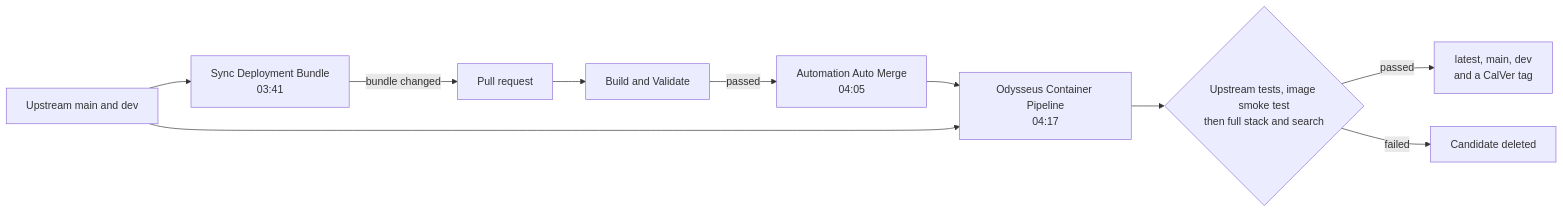
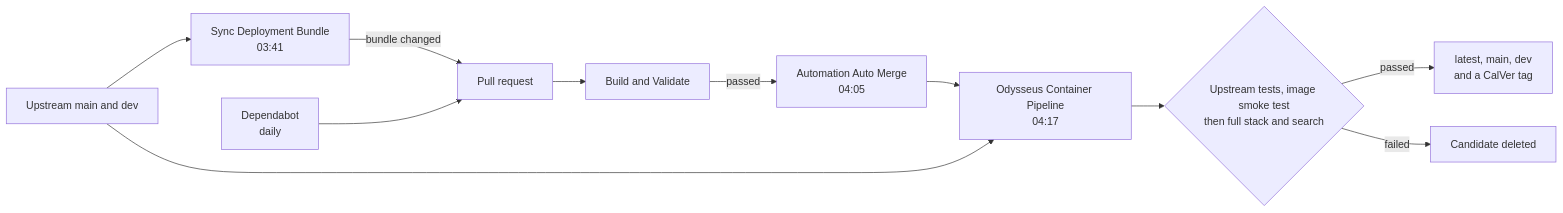
The diagram in README.md (netspeedy/odysseusai), drawn with Mermaid before and after one commit. The commit also changed other lines of this file and 9 other files, not shown here.

````diff
--- a/README.md
+++ b/README.md
@@ -99,12 +99,13 @@
 ```mermaid
 flowchart LR
   up[Upstream main and dev] --> sync[Sync Deployment Bundle<br/>03:41]
   sync -->|bundle changed| pr[Pull request]
+  dep[Dependabot<br/>daily] --> pr
   pr --> validate[Build and Validate]
   validate -->|passed| merge[Automation Auto Merge<br/>04:05]
   merge --> images
   up --> images[Odysseus Container Pipeline<br/>04:17]
   images --> gates{Upstream tests, image smoke test<br/>then full stack and search}
   gates -->|passed| tags[latest, main, dev<br/>and a CalVer tag]
   gates -->|failed| drop[Candidate deleted]
 ```
````
